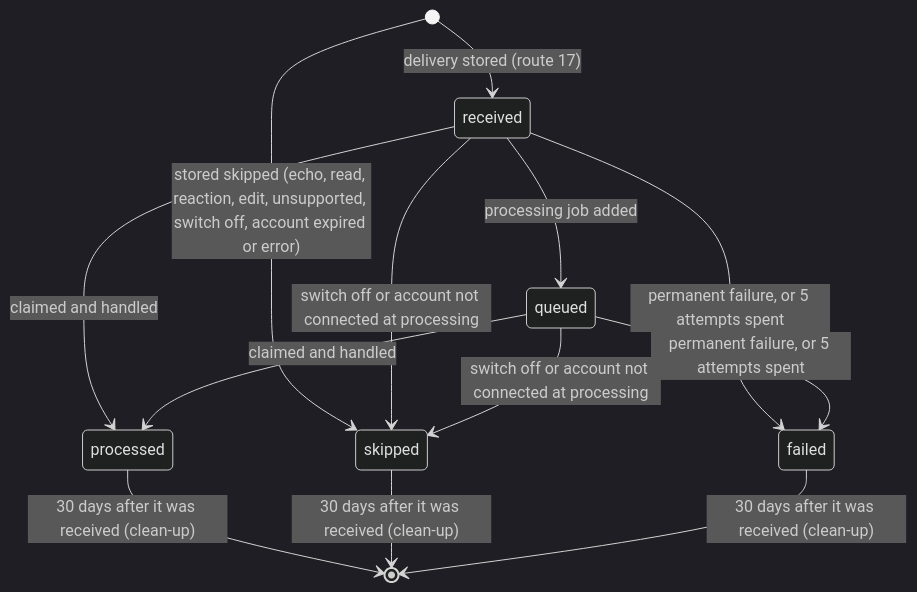
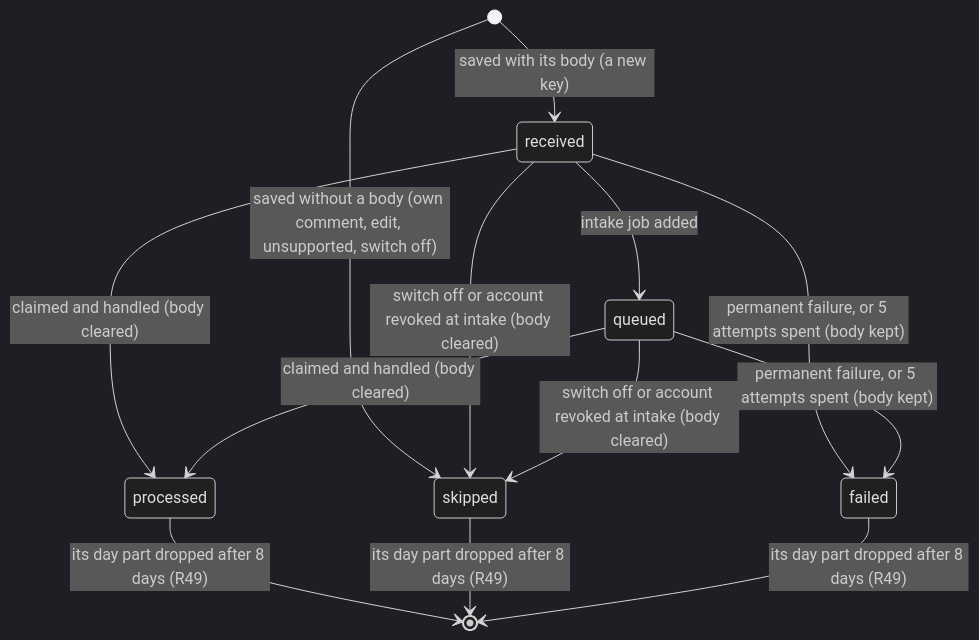
Before and after one commit to albetrios/meepzo-be: the diagram in src/domains/app/sub-domains/instagram-webhook/instagram-webhook-event/instagram-webhook-event.overview.md, drawn with Mermaid (dark theme). The commit also changed other lines of this file and 53 other files, not shown here.

First line of the commit message:
feat(app): iteration row R16 — webhook events split by day, the event key table split by Meta's event day, route 62 on the channel account

````diff
--- a/src/domains/app/sub-domains/instagram-webhook/instagram-webhook-event/instagram-webhook-event.overview.md
+++ b/src/domains/app/sub-domains/instagram-webhook/instagram-webhook-event/instagram-webhook-event.overview.md
@@ -66,15 +85,15 @@
 ```mermaid
 stateDiagram-v2
-    [*] --> received: delivery stored (route 17)
-    [*] --> skipped: stored skipped (echo, read, reaction, edit, unsupported, switch off, account expired or error)
-    received --> queued: processing job added
-    received --> processed: claimed and handled
-    queued --> processed: claimed and handled
-    received --> skipped: switch off or account not connected at processing
-    queued --> skipped: switch off or account not connected at processing
-    received --> failed: permanent failure, or 5 attempts spent
-    queued --> failed: permanent failure, or 5 attempts spent
-    processed --> [*]: 30 days after it was received (clean-up)
-    skipped --> [*]: 30 days after it was received (clean-up)
-    failed --> [*]: 30 days after it was received (clean-up)
+    [*] --> received: saved with its body (a new key)
+    [*] --> skipped: saved without a body (own comment, edit, unsupported, switch off)
+    received --> queued: intake job added
+    received --> processed: claimed and handled (body cleared)
+    queued --> processed: claimed and handled (body cleared)
+    received --> skipped: switch off or account revoked at intake (body cleared)
+    queued --> skipped: switch off or account revoked at intake (body cleared)
+    received --> failed: permanent failure, or 5 attempts spent (body kept)
+    queued --> failed: permanent failure, or 5 attempts spent (body kept)
+    processed --> [*]: its day part dropped after 8 days (R49)
+    skipped --> [*]: its day part dropped after 8 days (R49)
+    failed --> [*]: its day part dropped after 8 days (R49)
 ```
````
